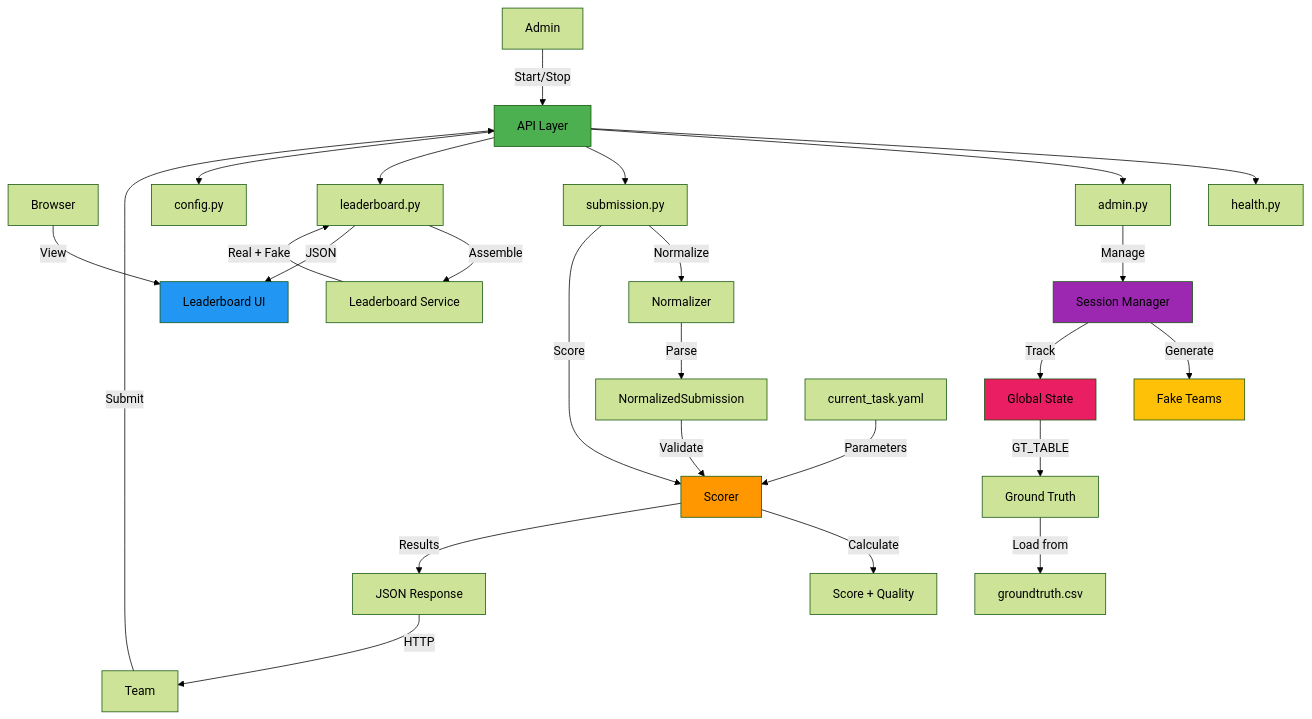
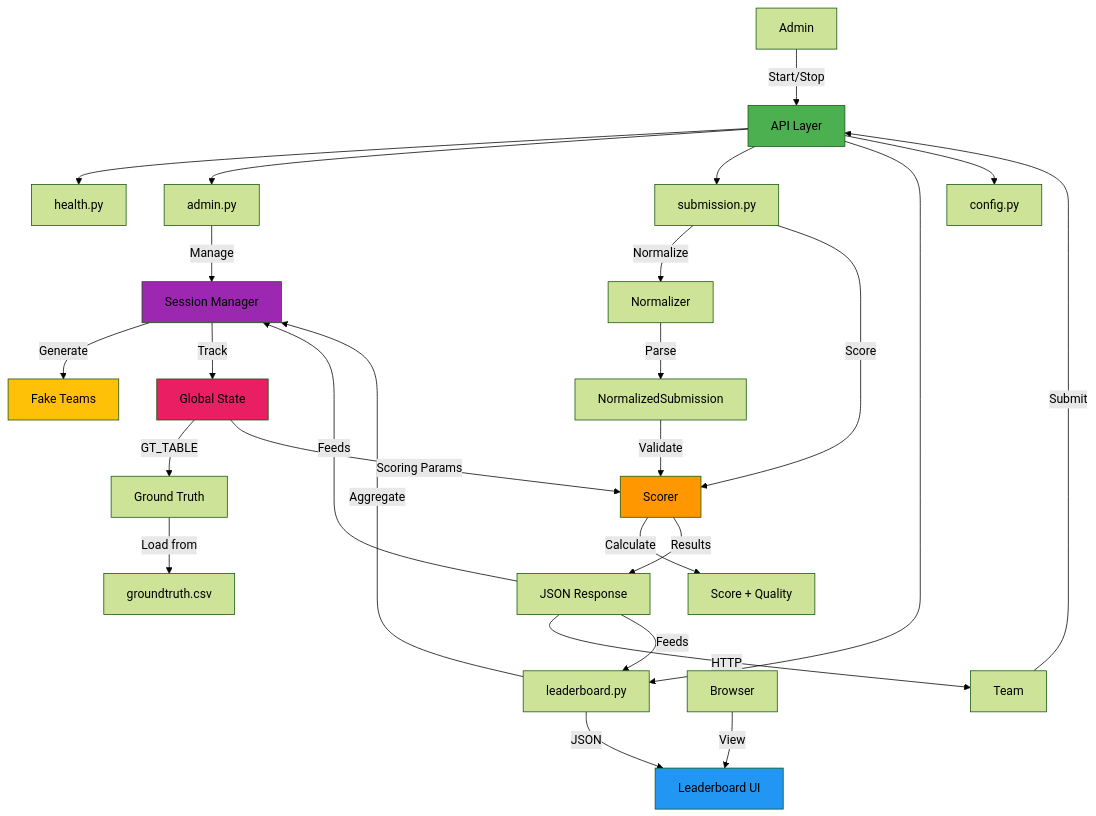
Before and after one commit to finalFlash159/mock-server-scoring-api-for-AIC-VBS: the first of 8 diagrams in docs/system-design.md, drawn with Mermaid (forest theme). The commit also changed other lines of this file and 25 other files, not shown here.

````diff
--- a/docs/system-design.md
+++ b/docs/system-design.md
@@ -7,40 +7,41 @@
 ```mermaid
 graph TB
     Admin[Admin] -->|Start/Stop| API[API Layer]
     Team[Team] -->|Submit| API
     Browser[Browser] -->|View| UI[Leaderboard UI]
     
     API --> Health[health.py]
     API --> AdminR[admin.py]
     API --> Submit[submission.py]
     API --> LB[leaderboard.py]
     API --> Cfg[config.py]
     
     AdminR -->|Manage| Session[Session Manager]
     Submit -->|Normalize| Normalizer[Normalizer]
     Submit -->|Score| Scorer[Scorer]
-    LB -->|Assemble| LBService[Leaderboard Service]
+    LB -->|Aggregate| Session
     
     Session -->|Generate| Fake[Fake Teams]
     Normalizer -->|Parse| NS[NormalizedSubmission]
     NS -->|Validate| Scorer
     Scorer -->|Calculate| Score[Score + Quality]
     
     Session -->|Track| State[Global State]
     State -->|GT_TABLE| GT[Ground Truth]
+    State -->|Scoring Params| Scorer
     GT -->|Load from| CSV[groundtruth.csv]
     
-    Config[current_task.yaml] -->|Parameters| Scorer
     Scorer -->|Results| Response[JSON Response]
     Response -->|HTTP| Team
+    Response -->|Feeds| Session
+    Response -->|Feeds| LB
     
-    LBService -->|Real + Fake| LB
     LB -->|JSON| UI
     
     style API fill:#4CAF50
     style Session fill:#9C27B0
     style Scorer fill:#FF9800
     style State fill:#E91E63
     style UI fill:#2196F3
     style Fake fill:#FFC107
 ```
````
